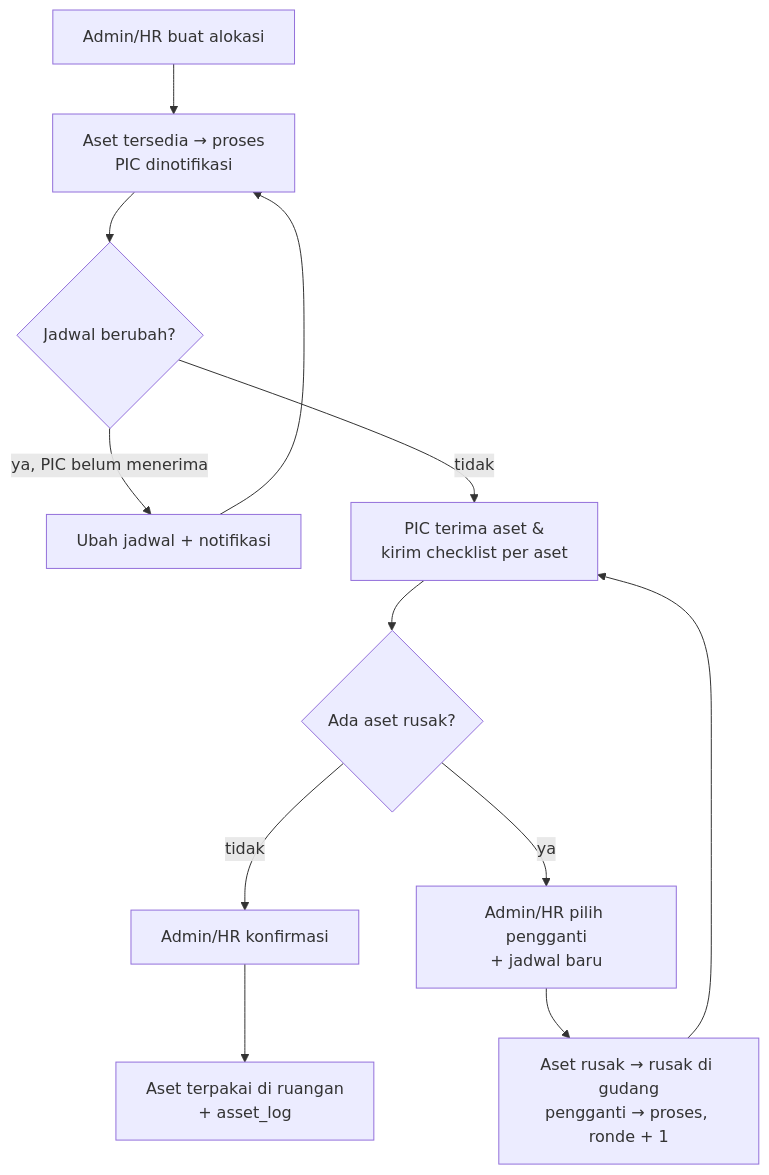
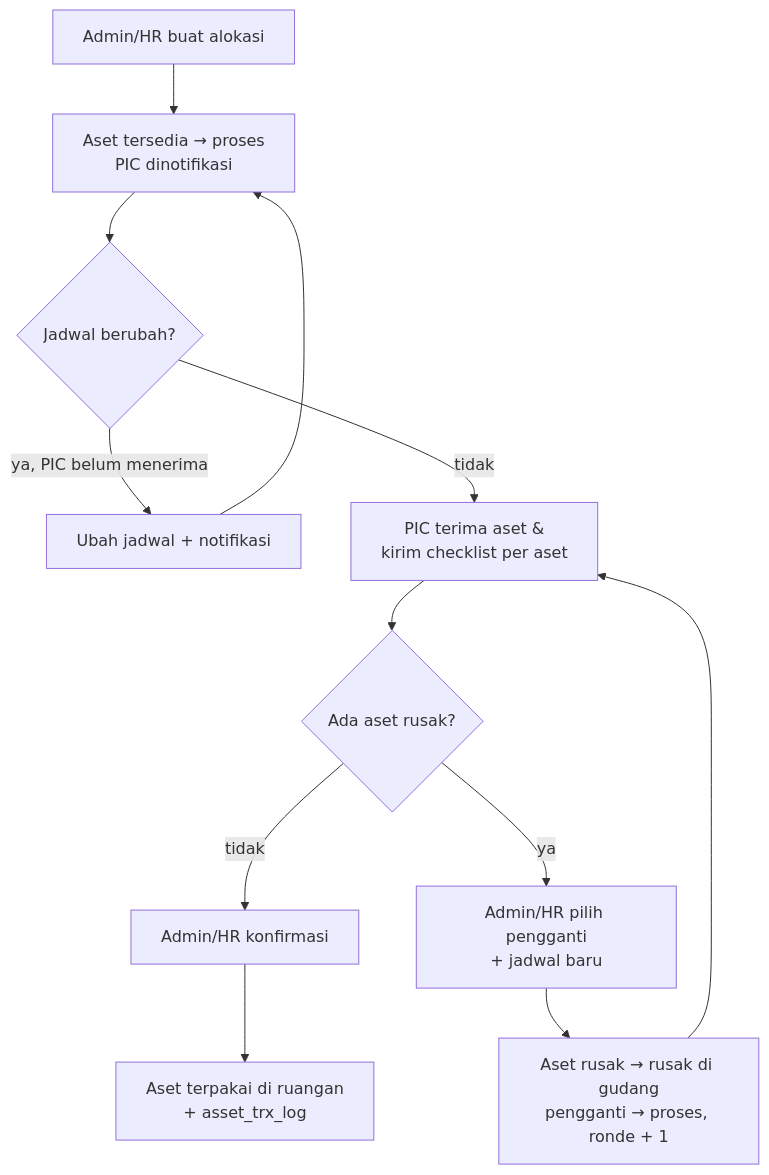
One commit to setiyawan12/DOKUMENTASI-ASSET changed the first of 3 diagrams in dokumentasi-asset-onboarding-ruangan.md. Above: the diagram before and after it, drawn with Mermaid. The commit also changed other lines of this file and 34 other files, not shown here.

````diff
--- a/dokumentasi-asset-onboarding-ruangan.md
+++ b/dokumentasi-asset-onboarding-ruangan.md
@@ -154,13 +154,13 @@
 ```mermaid
 flowchart TD
   A[Admin/HR buat alokasi] --> B[Aset tersedia → proses<br/>PIC dinotifikasi]
   B --> C{Jadwal berubah?}
   C -- ya, PIC belum menerima --> D[Ubah jadwal + notifikasi] --> B
   C -- tidak --> E[PIC terima aset &<br/>kirim checklist per aset]
   E --> F{Ada aset rusak?}
   F -- tidak --> G[Admin/HR konfirmasi]
-  G --> H[Aset terpakai di ruangan<br/>+ asset_log]
+  G --> H[Aset terpakai di ruangan<br/>+ asset_trx_log]
   F -- ya --> I[Admin/HR pilih pengganti<br/>+ jadwal baru]
   I --> J[Aset rusak → rusak di gudang<br/>pengganti → proses, ronde + 1]
   J --> E
 ```
````
